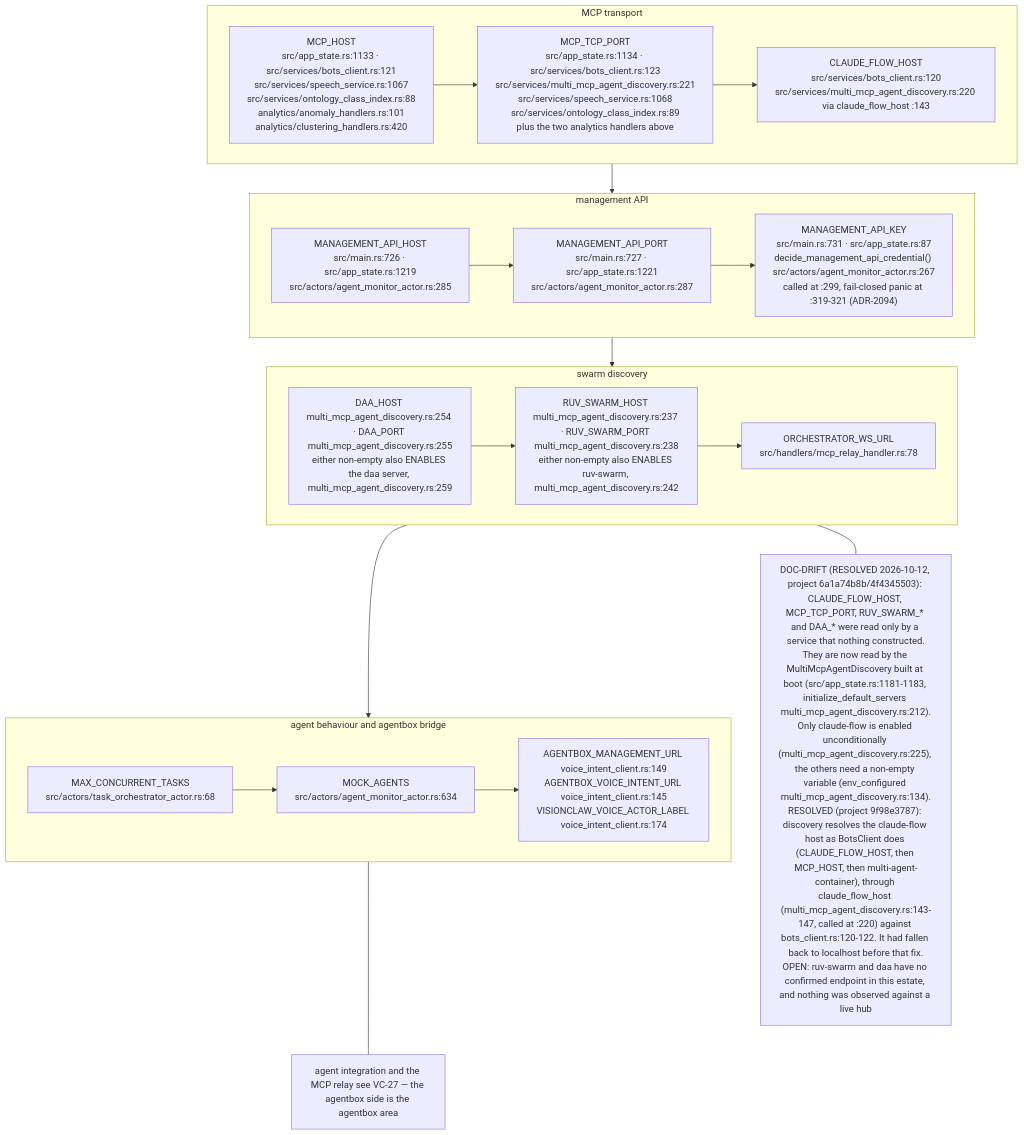
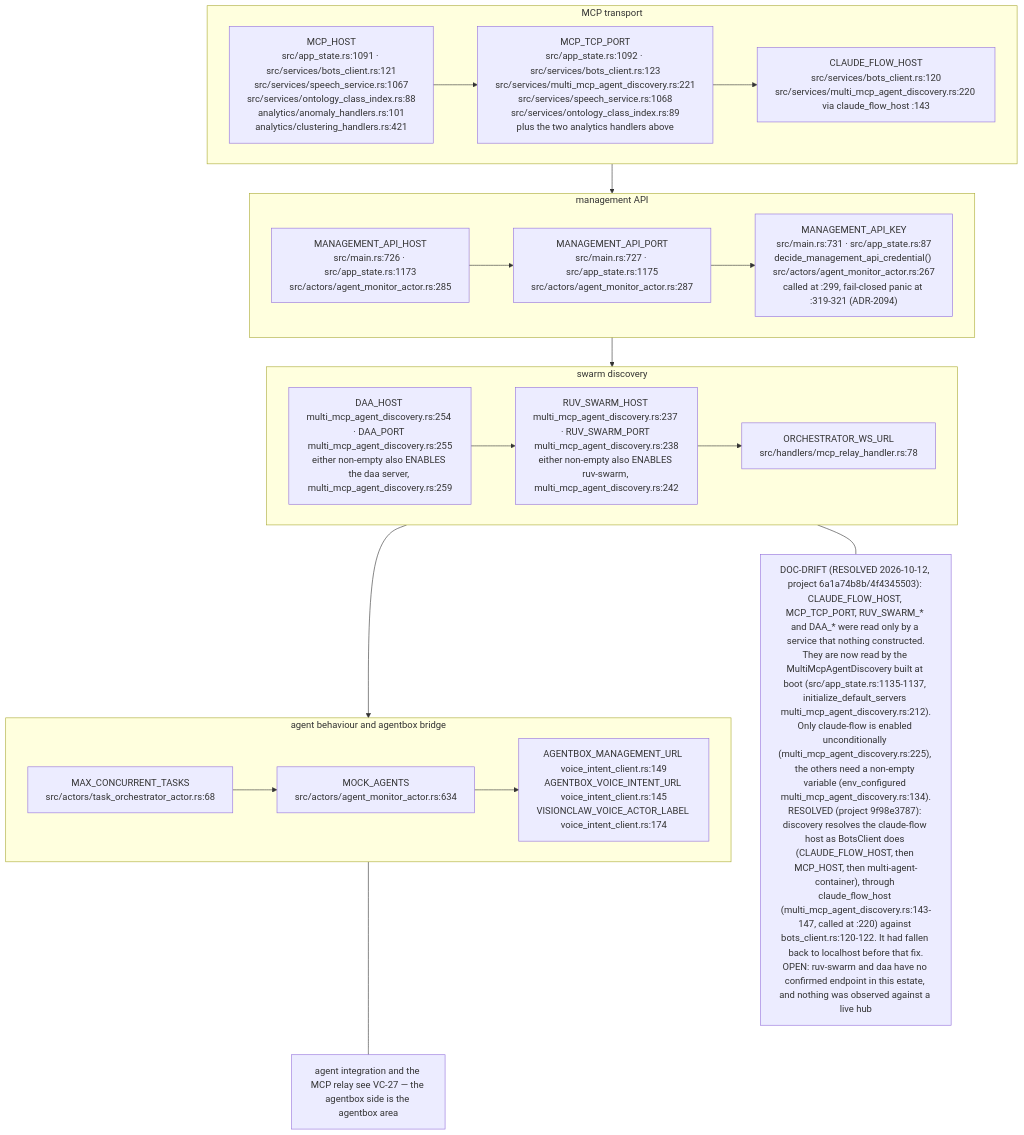
Before and after one commit to DreamLab-AI/VisionFlow: diagram 12 of 16 in docs/diagrams/visionclaw/09-config-and-env-flags.md, drawn with Mermaid. The commit also changed other lines of this file and 46 other files, not shown here.

Commit message:
docs(diagrams): re-verify VisionClaw topics at 809a859aa/a950f4d80 after the consolidation pass

````diff
--- a/docs/diagrams/visionclaw/09-config-and-env-flags.md
+++ b/docs/diagrams/visionclaw/09-config-and-env-flags.md
@@ -493,20 +493,20 @@
 ```mermaid
 flowchart TB
     subgraph MCP["MCP transport"]
-        M1["MCP_HOST<br/>src/app_state.rs:1133 · src/services/bots_client.rs:121<br/>src/services/speech_service.rs:1067<br/>src/services/ontology_class_index.rs:88<br/>analytics/anomaly_handlers.rs:101<br/>analytics/clustering_handlers.rs:420"] --> M2["MCP_TCP_PORT<br/>src/app_state.rs:1134 · src/services/bots_client.rs:123<br/>src/services/multi_mcp_agent_discovery.rs:221<br/>src/services/speech_service.rs:1068<br/>src/services/ontology_class_index.rs:89<br/>plus the two analytics handlers above"] --> M3["CLAUDE_FLOW_HOST<br/>src/services/bots_client.rs:120<br/>src/services/multi_mcp_agent_discovery.rs:220 via claude_flow_host :143"]
+        M1["MCP_HOST<br/>src/app_state.rs:1091 · src/services/bots_client.rs:121<br/>src/services/speech_service.rs:1067<br/>src/services/ontology_class_index.rs:88<br/>analytics/anomaly_handlers.rs:101<br/>analytics/clustering_handlers.rs:421"] --> M2["MCP_TCP_PORT<br/>src/app_state.rs:1092 · src/services/bots_client.rs:123<br/>src/services/multi_mcp_agent_discovery.rs:221<br/>src/services/speech_service.rs:1068<br/>src/services/ontology_class_index.rs:89<br/>plus the two analytics handlers above"] --> M3["CLAUDE_FLOW_HOST<br/>src/services/bots_client.rs:120<br/>src/services/multi_mcp_agent_discovery.rs:220 via claude_flow_host :143"]
     end
     subgraph MGMT["management API"]
-        G1["MANAGEMENT_API_HOST<br/>src/main.rs:726 · src/app_state.rs:1219<br/>src/actors/agent_monitor_actor.rs:285"] --> G2["MANAGEMENT_API_PORT<br/>src/main.rs:727 · src/app_state.rs:1221<br/>src/actors/agent_monitor_actor.rs:287"] --> G3["MANAGEMENT_API_KEY<br/>src/main.rs:731 · src/app_state.rs:87<br/>decide_management_api_credential() src/actors/agent_monitor_actor.rs:267<br/>called at :299, fail-closed panic at :319-321 (ADR-2094)"]
+        G1["MANAGEMENT_API_HOST<br/>src/main.rs:726 · src/app_state.rs:1173<br/>src/actors/agent_monitor_actor.rs:285"] --> G2["MANAGEMENT_API_PORT<br/>src/main.rs:727 · src/app_state.rs:1175<br/>src/actors/agent_monitor_actor.rs:287"] --> G3["MANAGEMENT_API_KEY<br/>src/main.rs:731 · src/app_state.rs:87<br/>decide_management_api_credential() src/actors/agent_monitor_actor.rs:267<br/>called at :299, fail-closed panic at :319-321 (ADR-2094)"]
     end
     subgraph DISC["swarm discovery"]
         D1["DAA_HOST multi_mcp_agent_discovery.rs:254 · DAA_PORT multi_mcp_agent_discovery.rs:255<br/>either non-empty also ENABLES the daa server, multi_mcp_agent_discovery.rs:259"] --> D2["RUV_SWARM_HOST multi_mcp_agent_discovery.rs:237 · RUV_SWARM_PORT multi_mcp_agent_discovery.rs:238<br/>either non-empty also ENABLES ruv-swarm, multi_mcp_agent_discovery.rs:242"] --> D3["ORCHESTRATOR_WS_URL<br/>src/handlers/mcp_relay_handler.rs:78"]
     end
     subgraph AGENTS["agent behaviour and agentbox bridge"]
         A1["MAX_CONCURRENT_TASKS<br/>src/actors/task_orchestrator_actor.rs:68"] --> A2["MOCK_AGENTS<br/>src/actors/agent_monitor_actor.rs:634"] --> A3["AGENTBOX_MANAGEMENT_URL voice_intent_client.rs:149<br/>AGENTBOX_VOICE_INTENT_URL voice_intent_client.rs:145<br/>VISIONCLAW_VOICE_ACTOR_LABEL voice_intent_client.rs:174"]
     end
     MCP --> MGMT --> DISC --> AGENTS
-    NR["DOC-DRIFT (RESOLVED 2026-10-12, project 6a1a74b8b/4f4345503): CLAUDE_FLOW_HOST, MCP_TCP_PORT, RUV_SWARM_* and DAA_* were read only by a service that nothing constructed.<br/>They are now read by the MultiMcpAgentDiscovery built at boot (src/app_state.rs:1181-1183, initialize_default_servers multi_mcp_agent_discovery.rs:212).<br/>Only claude-flow is enabled unconditionally (multi_mcp_agent_discovery.rs:225), the others need a non-empty variable (env_configured multi_mcp_agent_discovery.rs:134).<br/>RESOLVED (project 9f98e3787): discovery resolves the claude-flow host as BotsClient does (CLAUDE_FLOW_HOST, then MCP_HOST, then multi-agent-container), through claude_flow_host (multi_mcp_agent_discovery.rs:143-147, called at :220) against bots_client.rs:120-122. It had fallen back to localhost before that fix.<br/>OPEN: ruv-swarm and daa have no confirmed endpoint in this estate, and nothing was observed against a live hub"]
+    NR["DOC-DRIFT (RESOLVED 2026-10-12, project 6a1a74b8b/4f4345503): CLAUDE_FLOW_HOST, MCP_TCP_PORT, RUV_SWARM_* and DAA_* were read only by a service that nothing constructed.<br/>They are now read by the MultiMcpAgentDiscovery built at boot (src/app_state.rs:1135-1137, initialize_default_servers multi_mcp_agent_discovery.rs:212).<br/>Only claude-flow is enabled unconditionally (multi_mcp_agent_discovery.rs:225), the others need a non-empty variable (env_configured multi_mcp_agent_discovery.rs:134).<br/>RESOLVED (project 9f98e3787): discovery resolves the claude-flow host as BotsClient does (CLAUDE_FLOW_HOST, then MCP_HOST, then multi-agent-container), through claude_flow_host (multi_mcp_agent_discovery.rs:143-147, called at :220) against bots_client.rs:120-122. It had fallen back to localhost before that fix.<br/>OPEN: ruv-swarm and daa have no confirmed endpoint in this estate, and nothing was observed against a live hub"]
     DISC --- NR
     N["agent integration and the MCP relay see VC-27 — the agentbox side is the agentbox area"]
     AGENTS --- N
 ```
````
